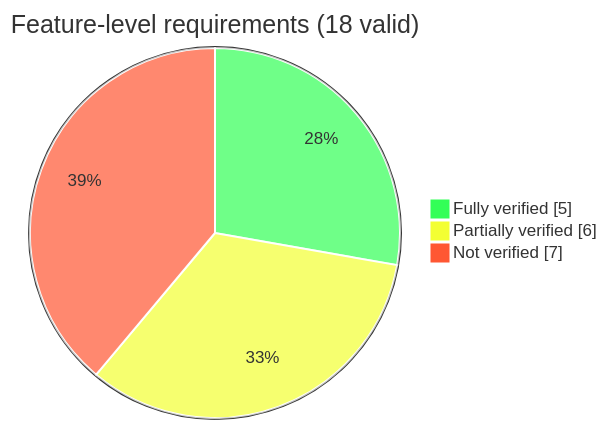
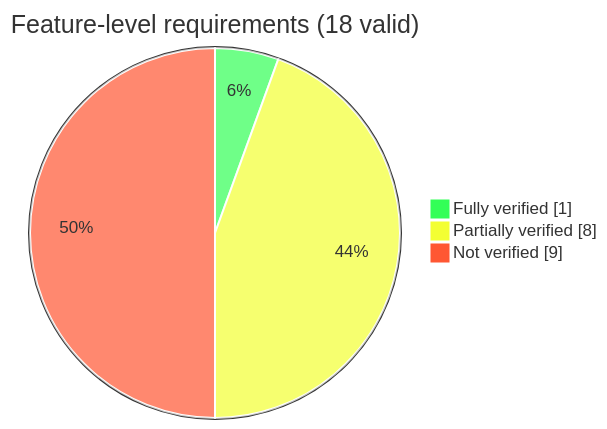
One commit to etas-contrib/score_lifecycle changed the first of 2 diagrams in tests/integration/integration_test_coverage.md. Above: the diagram before and after it, drawn with Mermaid. The commit also changed other lines of this file, not shown here.

````diff
--- a/tests/integration/integration_test_coverage.md
+++ b/tests/integration/integration_test_coverage.md
@@ -65,16 +74,16 @@
 ```mermaid
 %%{init: {
   'theme': 'base',
   'themeVariables': {
     'pie1': '#33FF57',
     'pie2': '#F3FF33',
     'pie3': '#FF5733',
     'pieStrokeColor': '#ffffff',
     'pieOuterStrokeColor': '#333333'
   }
 }}%%
 pie showData title Feature-level requirements (18 valid)
-    "Fully verified" : 5
-    "Partially verified" : 6
-    "Not verified" : 7
+    "Fully verified" : 1
+    "Partially verified" : 8
+    "Not verified" : 9
 ```
````
